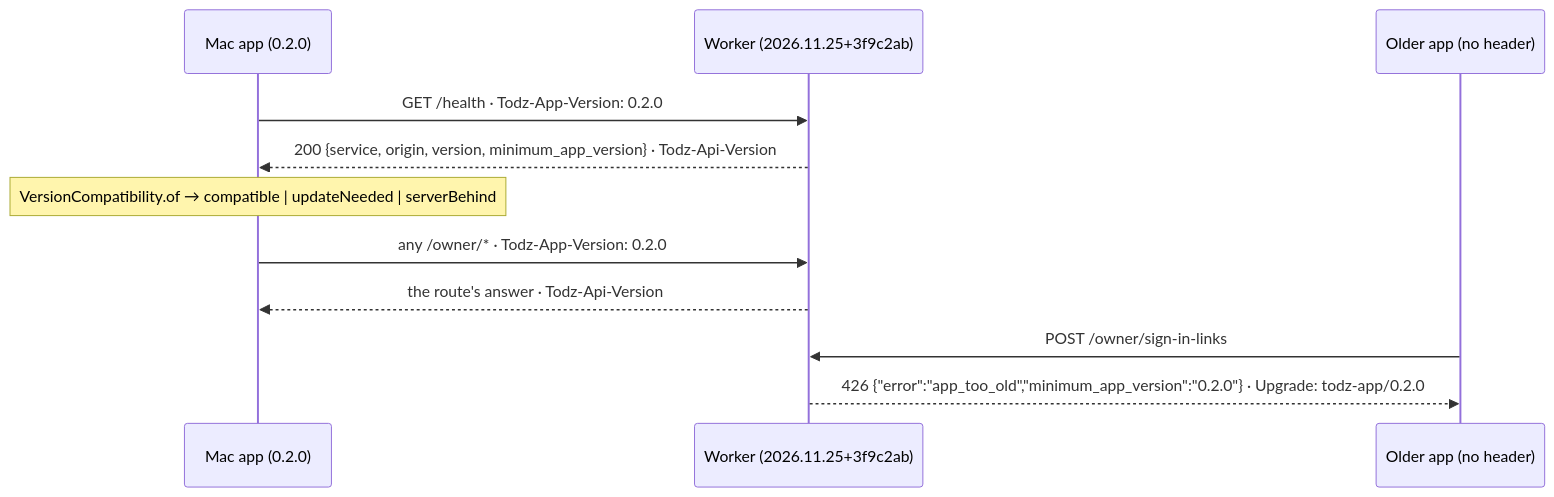
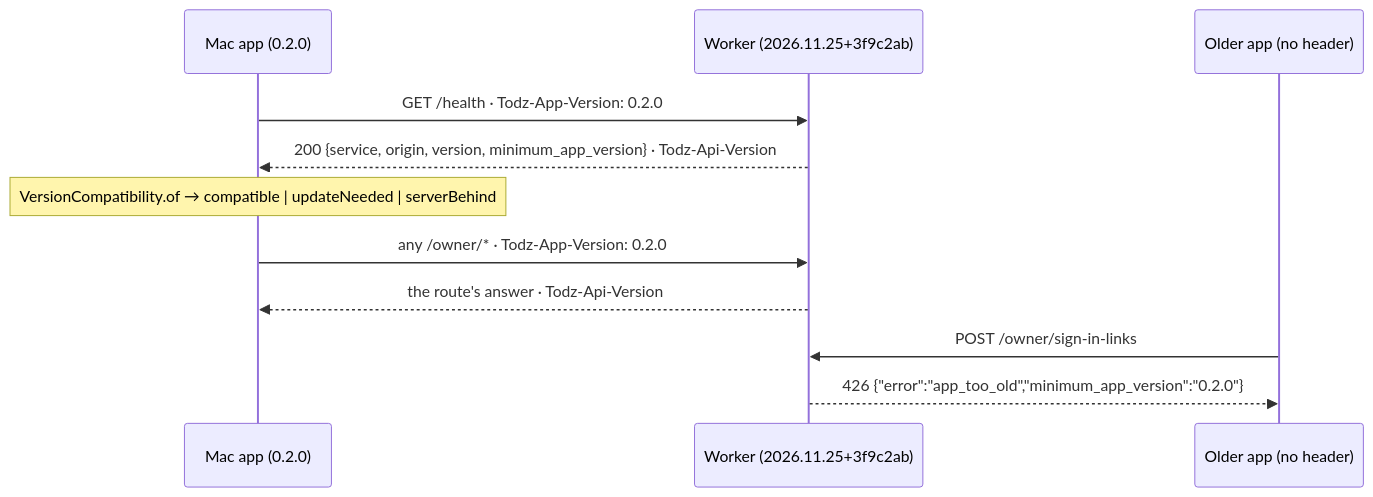
The diagram in docs/features/version-compat/spec.md (dhyegocalota/todz), drawn with Mermaid before and after one commit. The commit also changed other lines of this file and 3 other files, not shown here.

Commit message:
docs(version-compat): no Upgrade header, the deploy runs last, the header is not a security control

````diff
--- a/docs/features/version-compat/spec.md
+++ b/docs/features/version-compat/spec.md
@@ -35,13 +35,13 @@
 ```mermaid
 sequenceDiagram
   participant App as Mac app (0.2.0)
   participant Worker as Worker (2026.11.25+3f9c2ab)
   App->>Worker: GET /health · Todz-App-Version: 0.2.0
   Worker-->>App: 200 {service, origin, version, minimum_app_version} · Todz-Api-Version
   Note over App: VersionCompatibility.of → compatible | updateNeeded | serverBehind
   App->>Worker: any /owner/* · Todz-App-Version: 0.2.0
   Worker-->>App: the route's answer · Todz-Api-Version
   participant Old as Older app (no header)
   Old->>Worker: POST /owner/sign-in-links
-  Worker-->>Old: 426 {"error":"app_too_old","minimum_app_version":"0.2.0"} · Upgrade: todz-app/0.2.0
+  Worker-->>Old: 426 {"error":"app_too_old","minimum_app_version":"0.2.0"}
 ```
````
